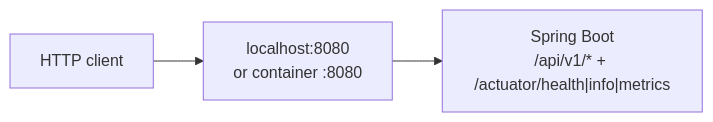
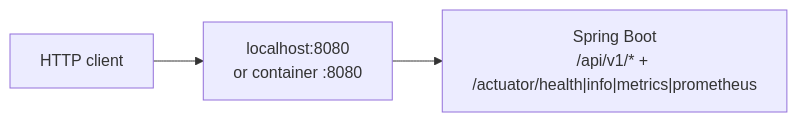
One commit to rmkr-dev/spring-boot-aks-blueprint changed the first of 2 diagrams in docs/architecture/network-diagram.md. Above: the diagram before and after it, drawn with Mermaid. The commit also changed other lines of this file and 2 other files, not shown here.

First line of the commit message:
docs: README + network diagram for v1.2.0 surfaces (#56)

````diff
--- a/docs/architecture/network-diagram.md
+++ b/docs/architecture/network-diagram.md
@@ -16,5 +17,5 @@
 ```mermaid
 flowchart LR
   Client["HTTP client"] --> Local["localhost:8080<br/>or container :8080"]
-  Local --> App["Spring Boot<br/>/api/v1/* + /actuator/health|info|metrics"]
+  Local --> App["Spring Boot<br/>/api/v1/* + /actuator/health|info|metrics|prometheus"]
 ```
````
